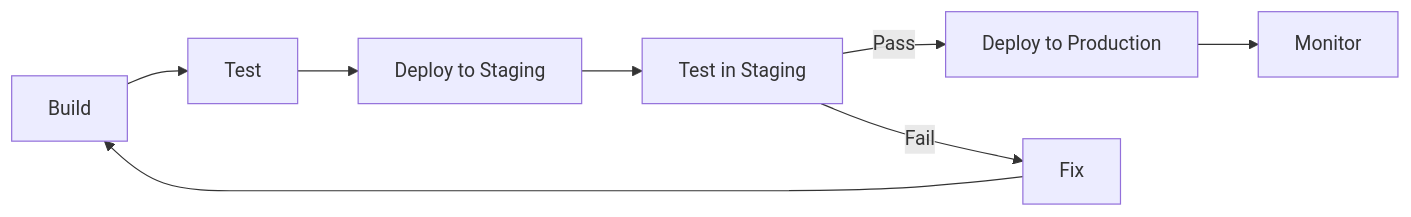
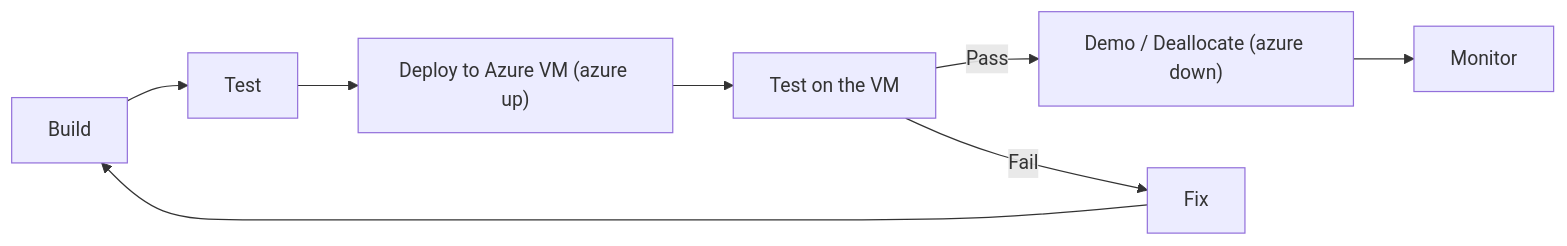
The eighth of 11 diagrams in docs/srs/en/8-system-architecture.md (dut-pbl6-2026/job-platform-docs), drawn with Mermaid before and after one commit. The commit also changed other lines of this file and 20 other files, not shown here.

First line of the commit message:
docs(srs): sync Azure deploy target, health/logging, RBAC, CI (PBL6-44/49/50/51) (#9)

````diff
--- a/docs/srs/en/8-system-architecture.md
+++ b/docs/srs/en/8-system-architecture.md
@@ -410,10 +408,10 @@
 ```mermaid
 flowchart LR
     Build["Build"] --> Test["Test"]
-    Test --> DeployStaging["Deploy to Staging"]
-    DeployStaging --> TestStaging["Test in Staging"]
-    TestStaging -->|Pass| DeployProd["Deploy to Production"]
+    Test --> DeployStaging["Deploy to Azure VM (azure up)"]
+    DeployStaging --> TestStaging["Test on the VM"]
+    TestStaging -->|Pass| DeployProd["Demo / Deallocate (azure down)"]
     DeployProd --> Monitor["Monitor"]
     TestStaging -->|Fail| Fix["Fix"]
     Fix --> Build
 ```
````
